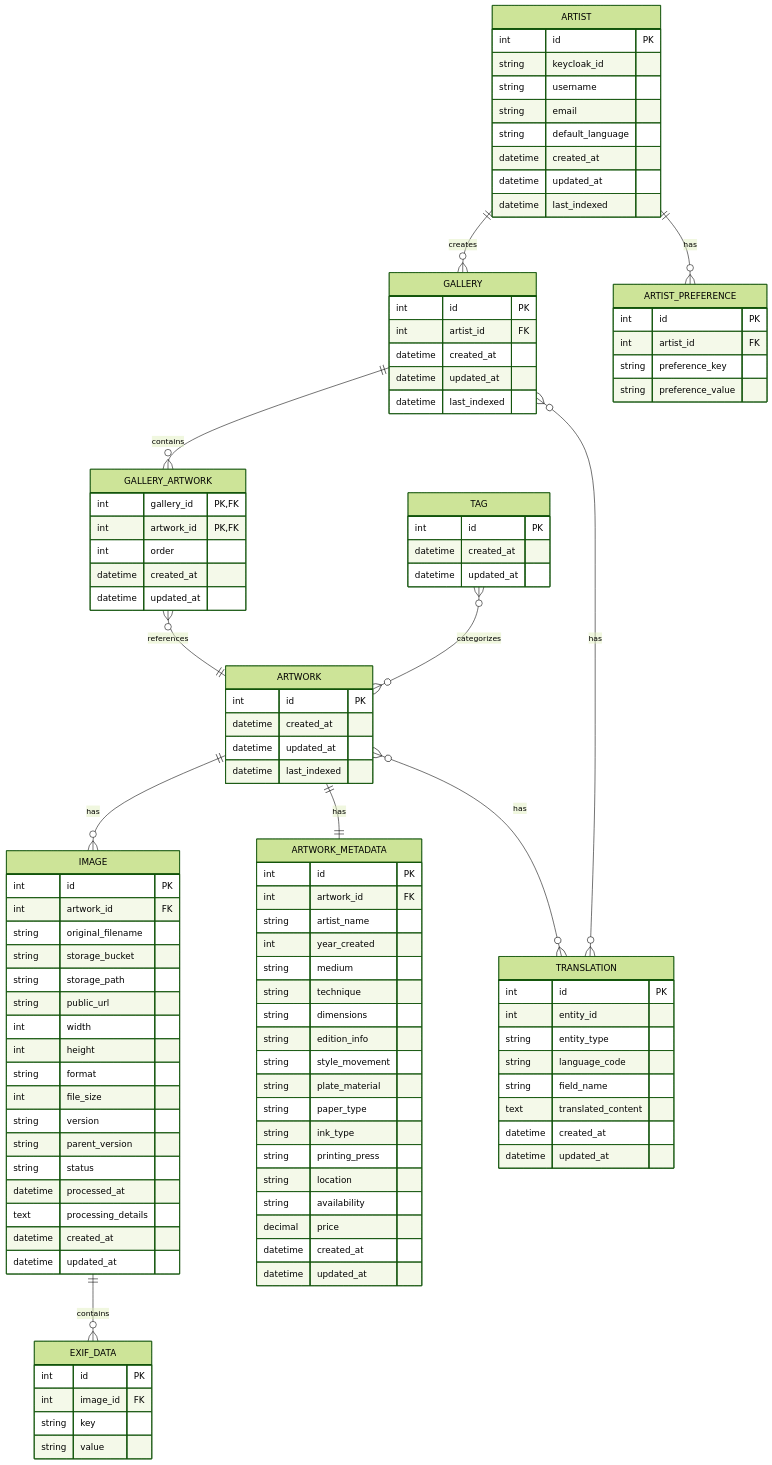
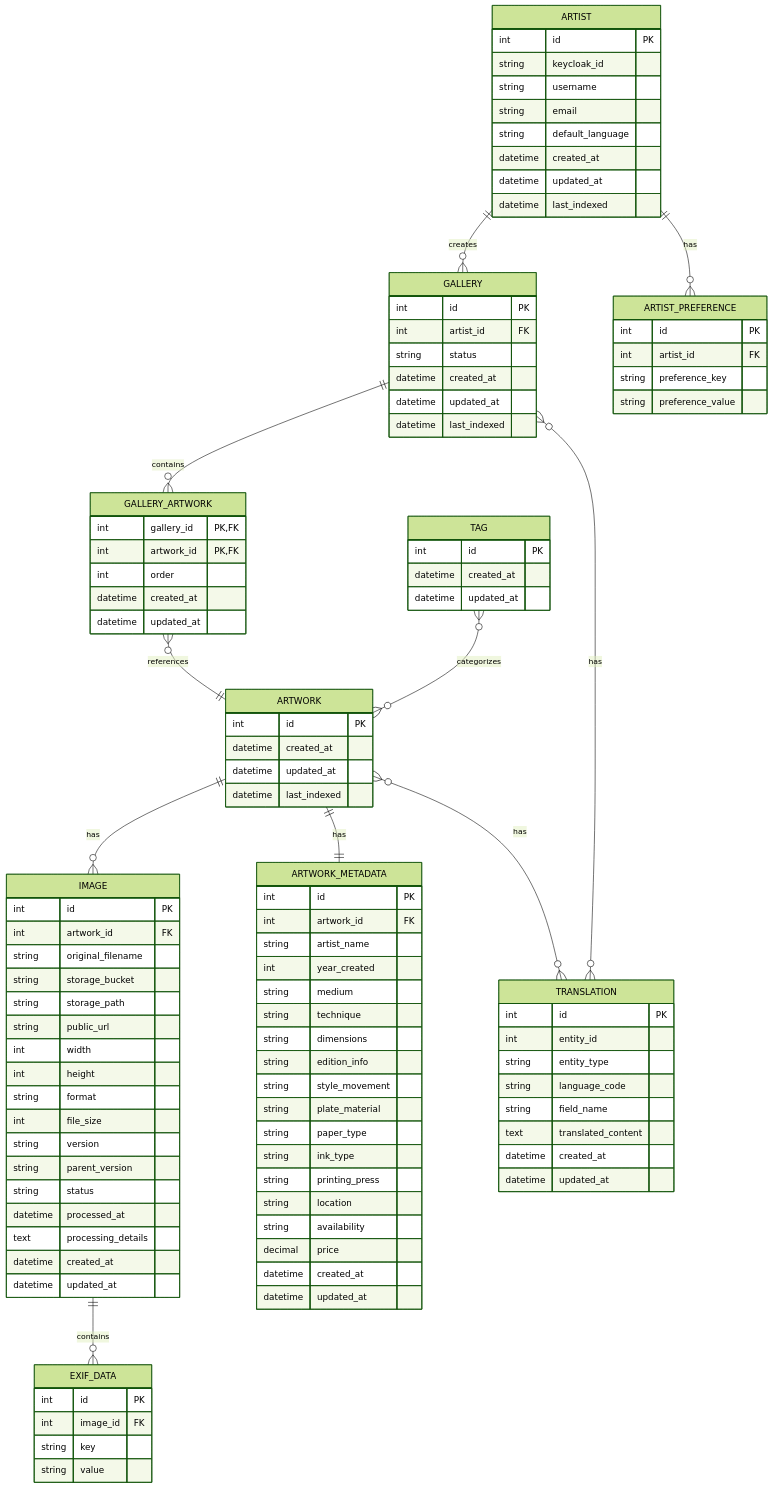
The diagram in docs/database/copper-print-gallery-er-diagram.mermaid (steen-elv/copper-print-gallery-spec), drawn with Mermaid (forest theme) before and after one commit. The commit also changed 1 other file, not shown here.

Commit message:
added status to gallery

```diff
--- a/docs/database/copper-print-gallery-er-diagram.mermaid
+++ b/docs/database/copper-print-gallery-er-diagram.mermaid
@@ -1,117 +1,118 @@
 erDiagram
     ARTIST ||--o{ GALLERY : creates
     GALLERY ||--o{ GALLERY_ARTWORK : contains
     GALLERY_ARTWORK }o--|| ARTWORK : references
     ARTWORK ||--o{ IMAGE : has
     ARTWORK ||--|| ARTWORK_METADATA : has
     TAG }o--o{ ARTWORK : categorizes
     IMAGE ||--o{ EXIF_DATA : contains
     ARTIST ||--o{ ARTIST_PREFERENCE : has
     ARTWORK }o--o{ TRANSLATION : has
     GALLERY }o--o{ TRANSLATION : has
 
     ARTIST {
         int id PK
         string keycloak_id
         string username
         string email
         string default_language
         datetime created_at
         datetime updated_at
         datetime last_indexed
     }
 
     ARTIST_PREFERENCE {
         int id PK
         int artist_id FK
         string preference_key
         string preference_value
     }
 
     GALLERY {
         int id PK
         int artist_id FK
+        string status
         datetime created_at
         datetime updated_at
         datetime last_indexed
     }
 
     GALLERY_ARTWORK {
         int gallery_id PK,FK
         int artwork_id PK,FK
         int order
         datetime created_at
         datetime updated_at
     }
 
     ARTWORK {
         int id PK
         datetime created_at
         datetime updated_at
         datetime last_indexed
     }
 
     IMAGE {
         int id PK
         int artwork_id FK
         string original_filename
         string storage_bucket
         string storage_path
         string public_url
         int width
         int height
         string format
         int file_size
         string version
         string parent_version
         string status
         datetime processed_at
         text processing_details
         datetime created_at
         datetime updated_at
     }
 
     EXIF_DATA {
         int id PK
         int image_id FK
         string key
         string value
     }
 
     ARTWORK_METADATA {
         int id PK
         int artwork_id FK
         string artist_name
         int year_created
         string medium
         string technique
         string dimensions
         string edition_info
         string style_movement
         string plate_material
         string paper_type
         string ink_type
         string printing_press
         string location
         string availability
         decimal price
         datetime created_at
         datetime updated_at
     }
 
     TAG {
         int id PK
         datetime created_at
         datetime updated_at
     }
 
     TRANSLATION {
         int id PK
         int entity_id
         string entity_type
         string language_code
         string field_name
         text translated_content
         datetime created_at
         datetime updated_at
     }
```
